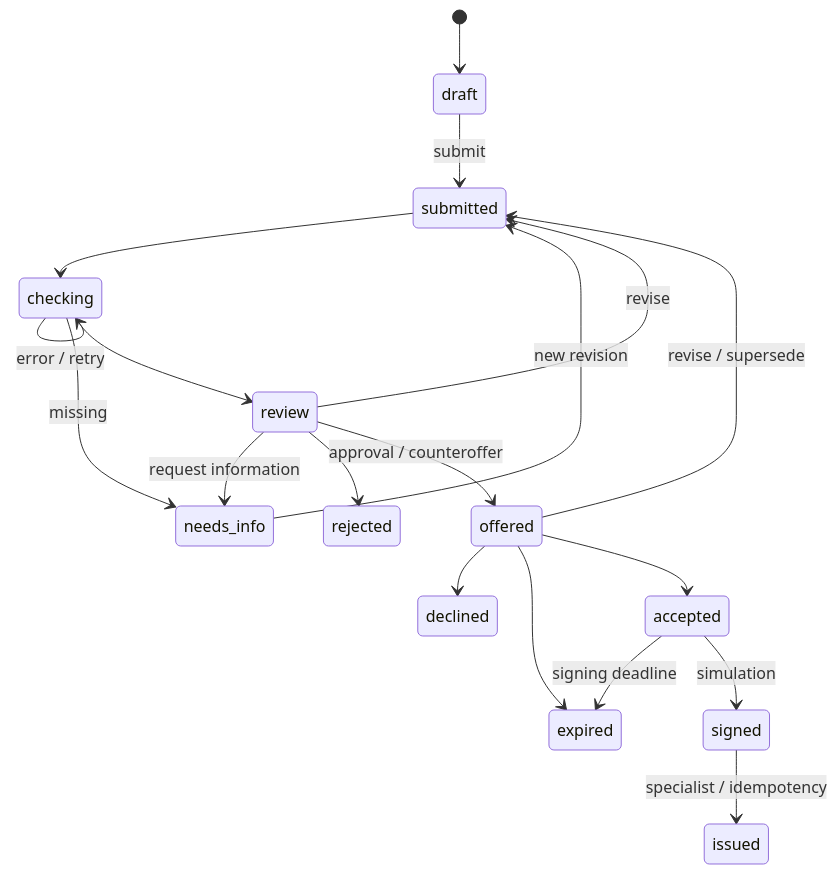
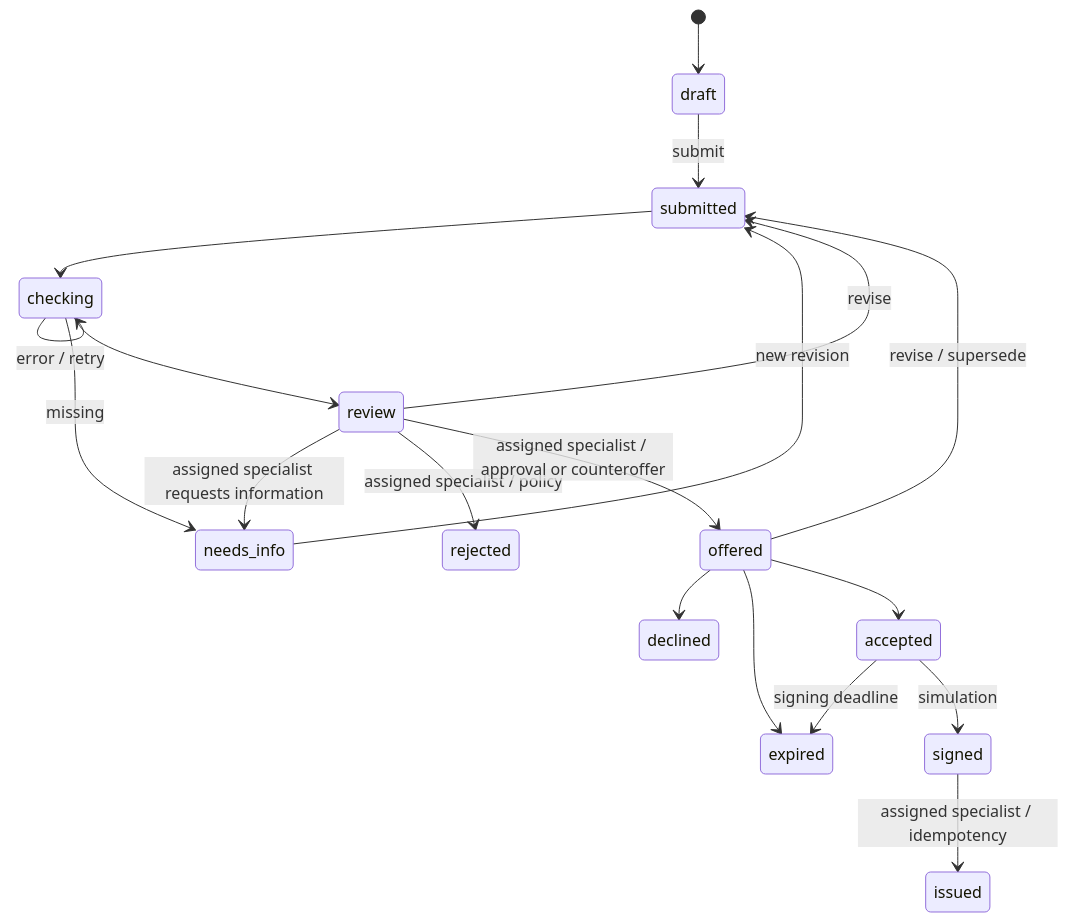
The first of 2 diagrams in docs/architecture.md (unish333ld/AlphaFutureHackathon2026), drawn with Mermaid before and after one commit. The commit also changed other lines of this file and 99 other files, not shown here.

````diff
--- a/docs/architecture.md
+++ b/docs/architecture.md
@@ -5,21 +7,21 @@
 ```mermaid
 stateDiagram-v2
     [*] --> draft
     draft --> submitted : submit
     submitted --> checking
     checking --> checking : error / retry
     checking --> needs_info : missing
     checking --> review
-    review --> needs_info : request information
+    review --> needs_info : assigned specialist requests information
     needs_info --> submitted : new revision
     review --> submitted : revise
-    review --> rejected
-    review --> offered : approval / counteroffer
+    review --> rejected : assigned specialist / policy
+    review --> offered : assigned specialist / approval or counteroffer
     offered --> submitted : revise / supersede
     offered --> declined
     offered --> expired
     offered --> accepted
     accepted --> expired : signing deadline
     accepted --> signed : simulation
-    signed --> issued : specialist / idempotency
+    signed --> issued : assigned specialist / idempotency
 ```
````
